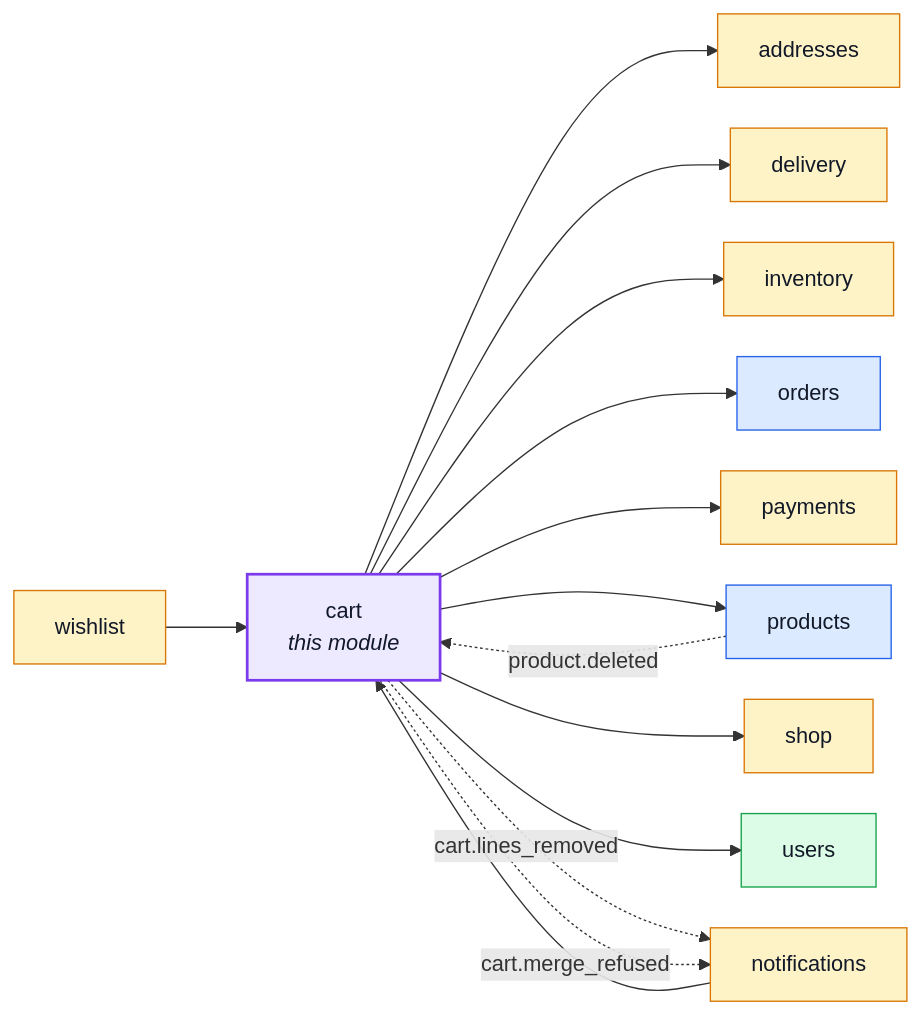
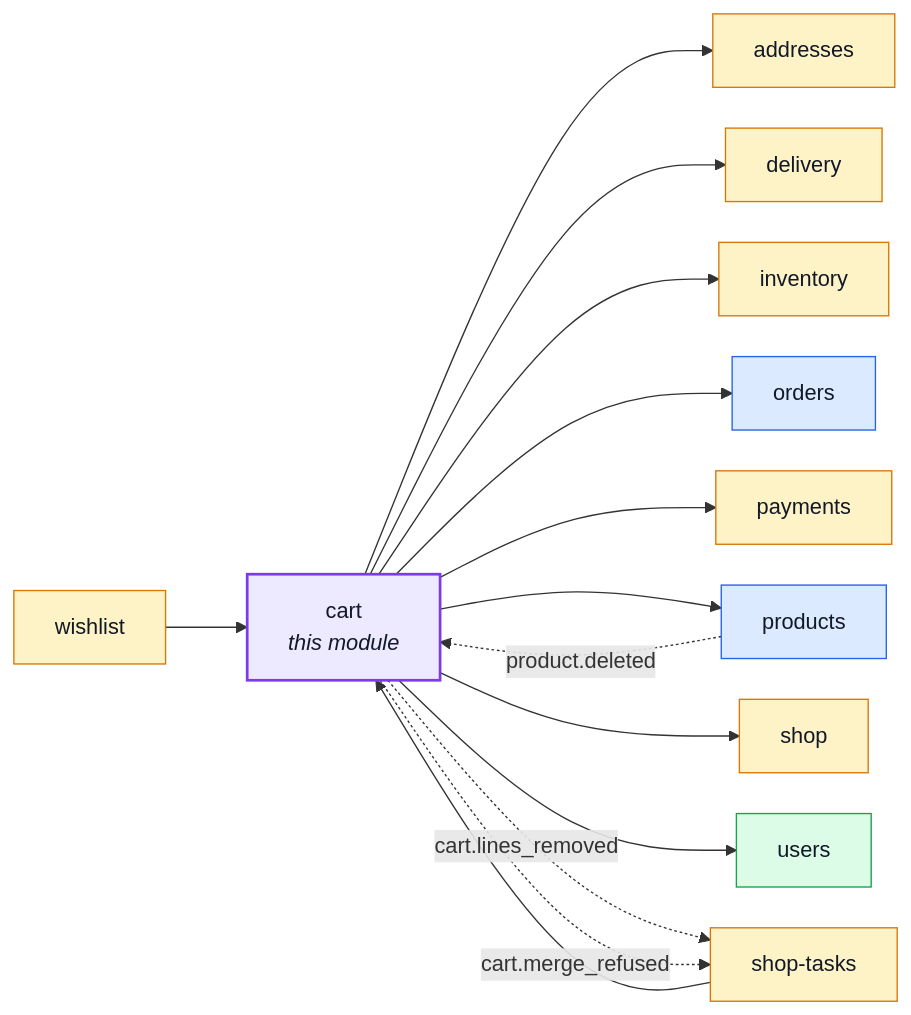
One commit to Guebbit/boilerplate-node-backend changed the first of 4 diagrams in docs/modules/cart.md. Above: the diagram before and after it, drawn with Mermaid. The commit also changed 107 other files, not shown here.

First line of the commit message:
refactor(shop-tasks): move the shop's to-dos and notices into their own module

````diff
--- a/docs/modules/cart.md
+++ b/docs/modules/cart.md
@@ -16,38 +16,38 @@
 ```mermaid
 %%{init: {'flowchart': {'nodeSpacing': 30, 'rankSpacing': 60}}}%%
 flowchart LR
     cart["cart<br/><i>this module</i>"]
     addresses["addresses"]
     delivery["delivery"]
     inventory["inventory"]
-    notifications["notifications"]
     orders["orders"]
     payments["payments"]
     products["products"]
     shop["shop"]
+    shop_tasks["shop-tasks"]
     users["users"]
     wishlist["wishlist"]
 
-    notifications --> cart
+    shop_tasks --> cart
     wishlist --> cart
     cart --> addresses
     cart --> delivery
     cart --> inventory
     cart --> orders
     cart --> payments
     cart --> products
     cart --> shop
     cart --> users
     products -. "product.deleted" .-> cart
-    cart -. "cart.lines_removed" .-> notifications
-    cart -. "cart.merge_refused" .-> notifications
+    cart -. "cart.lines_removed" .-> shop_tasks
+    cart -. "cart.merge_refused" .-> shop_tasks
 
     classDef core fill:#dbeafe,stroke:#2563eb,color:#111827;
     classDef supporting fill:#fef3c7,stroke:#d97706,color:#111827;
     classDef generic fill:#dcfce7,stroke:#16a34a,color:#111827;
     classDef centre fill:#ede9fe,stroke:#7c3aed,stroke-width:2px,color:#111827;
     class orders,products core;
-    class addresses,delivery,inventory,notifications,payments,shop,wishlist supporting;
+    class addresses,delivery,inventory,payments,shop,shop_tasks,wishlist supporting;
     class users generic;
     class cart centre;
 ```
````
